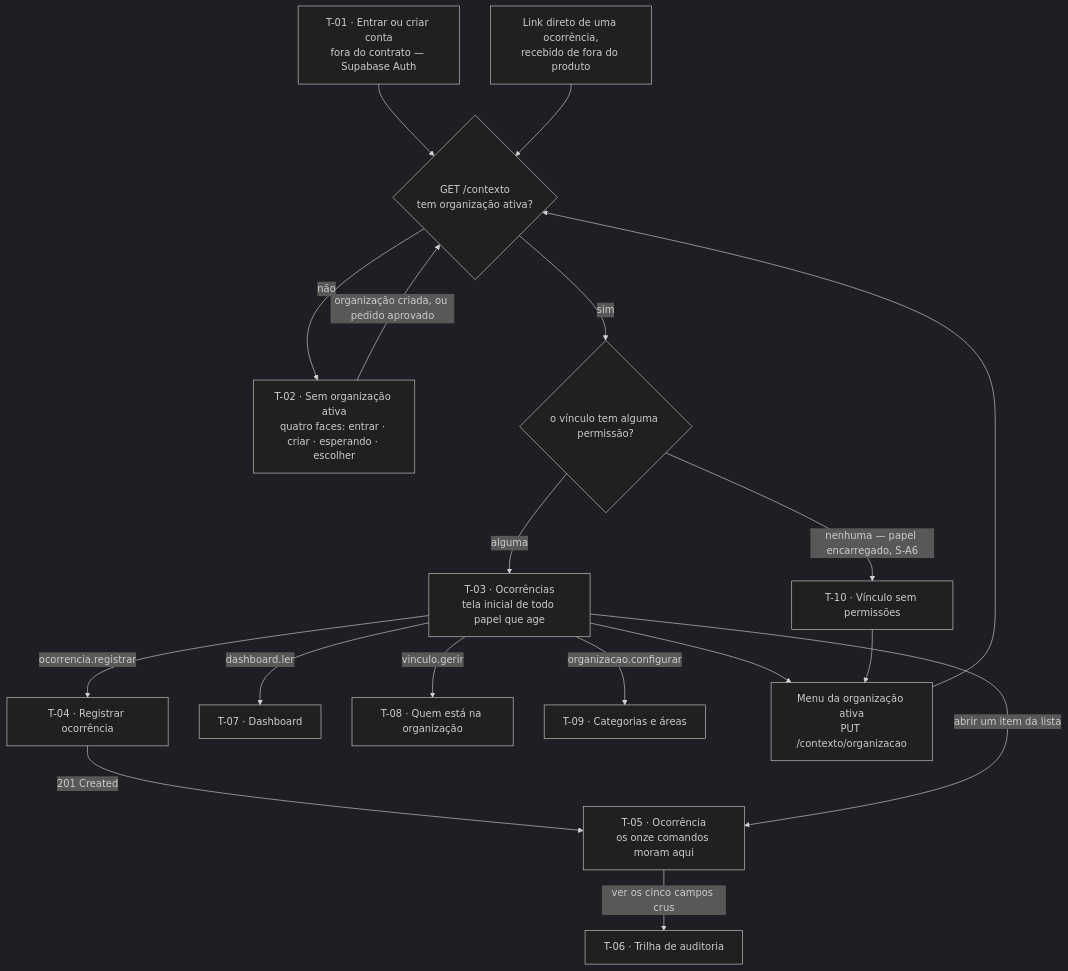
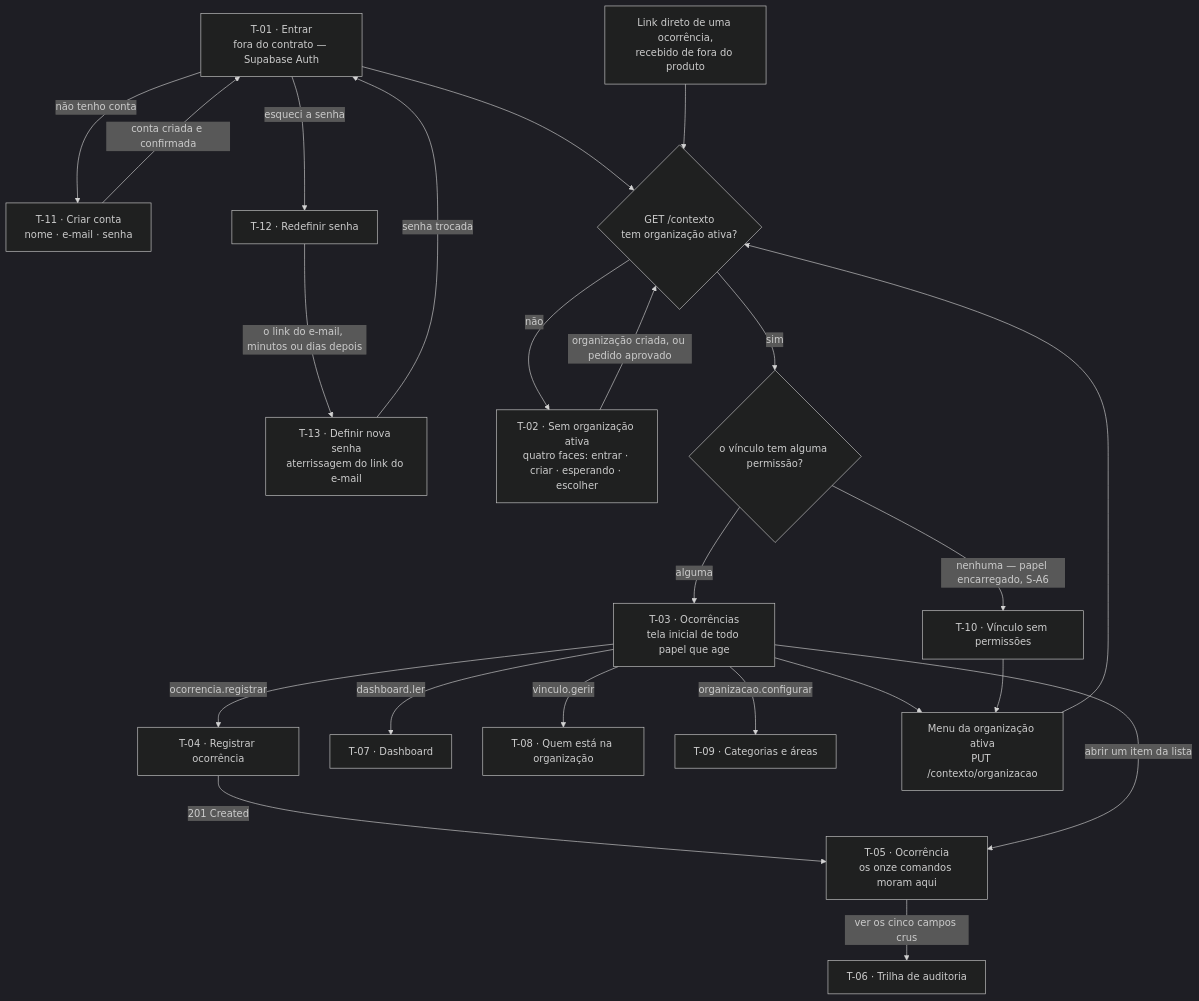
Before and after one commit to natanjunior/8FSDT-Hackathon: the diagram in docs/inventario-de-telas.md, drawn with Mermaid (dark theme). The commit also changed other lines of this file and 2 other files, not shown here.

````diff
--- a/docs/inventario-de-telas.md
+++ b/docs/inventario-de-telas.md
@@ -170,37 +199,46 @@
 ```mermaid
 flowchart TD
-    T01["T-01 · Entrar ou criar conta<br/>fora do contrato — Supabase Auth"]
+    T01["T-01 · Entrar<br/>fora do contrato — Supabase Auth"]
+    T11["T-11 · Criar conta<br/>nome · e-mail · senha"]
+    T12["T-12 · Redefinir senha"]
+    T13["T-13 · Definir nova senha<br/>aterrissagem do link do e-mail"]
     LINK["Link direto de uma ocorrência,<br/>recebido de fora do produto"]
     CTX{"GET /contexto<br/>tem organização ativa?"}
     T02["T-02 · Sem organização ativa<br/>quatro faces: entrar · criar · esperando · escolher"]
     PERM{"o vínculo tem alguma permissão?"}
     T10["T-10 · Vínculo sem permissões"]
     T03["T-03 · Ocorrências<br/>tela inicial de todo papel que age"]
     T04["T-04 · Registrar ocorrência"]
     T05["T-05 · Ocorrência<br/>os onze comandos moram aqui"]
     T06["T-06 · Trilha de auditoria"]
     T07["T-07 · Dashboard"]
     T08["T-08 · Quem está na organização"]
     T09["T-09 · Categorias e áreas"]
     MENU["Menu da organização ativa<br/>PUT /contexto/organizacao"]
+
+    T01 -->|"não tenho conta"| T11
+    T11 -->|"conta criada e confirmada"| T01
+    T01 -->|"esqueci a senha"| T12
+    T12 -->|"o link do e-mail, minutos ou dias depois"| T13
+    T13 -->|"senha trocada"| T01
 
     T01 --> CTX
     LINK --> CTX
     CTX -->|"não"| T02
     T02 -->|"organização criada, ou pedido aprovado"| CTX
     CTX -->|"sim"| PERM
     PERM -->|"nenhuma — papel encarregado, S-A6"| T10
     PERM -->|"alguma"| T03
 
     T03 -->|"ocorrencia.registrar"| T04
     T04 -->|"201 Created"| T05
     T03 -->|"abrir um item da lista"| T05
     T05 -->|"ver os cinco campos crus"| T06
     T03 -->|"dashboard.ler"| T07
     T03 -->|"vinculo.gerir"| T08
     T03 -->|"organizacao.configurar"| T09
 
     T03 --> MENU
     T10 --> MENU
     MENU --> CTX
 ```
````
